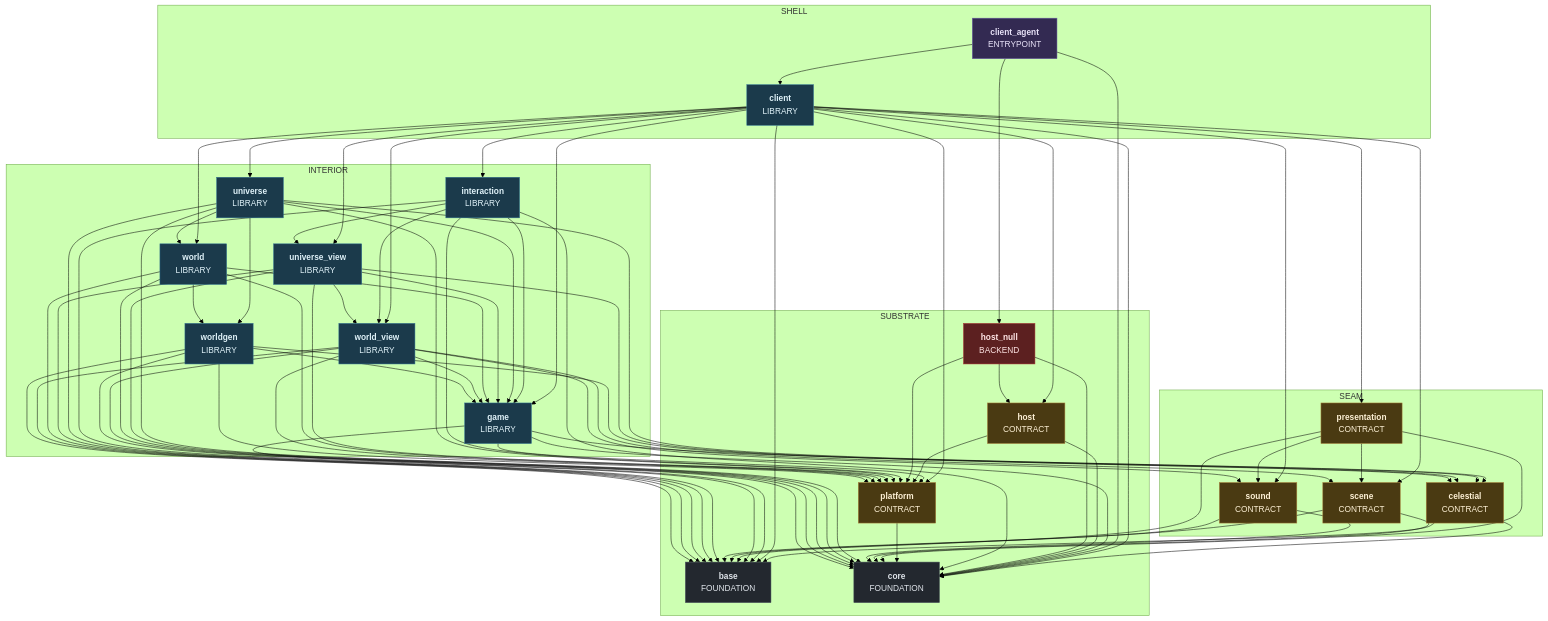
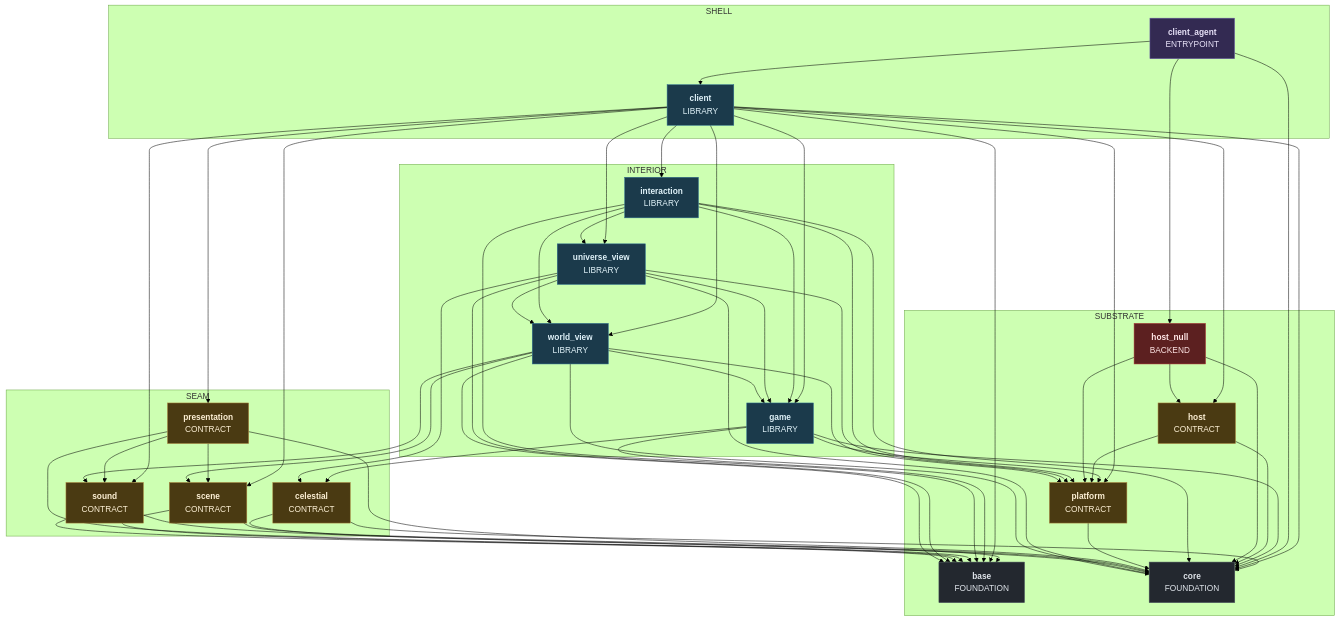
One commit to apnex/OpenStarbound changed the third of 10 diagrams in docs/superpowers/specs/2026-08-01-sovereign-headless-client-design.md. Above: the diagram before and after it, drawn with Mermaid (forest theme). The commit also changed other lines of this file and 2 other files, not shown here.

````diff
--- a/docs/superpowers/specs/2026-08-01-sovereign-headless-client-design.md
+++ b/docs/superpowers/specs/2026-08-01-sovereign-headless-client-design.md
@@ -1094,11 +1144,8 @@
   subgraph Z_INTERIOR ["INTERIOR"]
     game["<b>game</b><br/>LIBRARY"]
     interaction["<b>interaction</b><br/>LIBRARY"]
-    universe["<b>universe</b><br/>LIBRARY"]
     universe_view["<b>universe_view</b><br/>LIBRARY"]
-    world["<b>world</b><br/>LIBRARY"]
     world_view["<b>world_view</b><br/>LIBRARY"]
-    worldgen["<b>worldgen</b><br/>LIBRARY"]
   end
   subgraph Z_SHELL ["SHELL"]
     client["<b>client</b><br/>LIBRARY"]
@@ -1115,9 +1162,7 @@
   client --> presentation
   client --> scene
   client --> sound
-  client --> universe
   client --> universe_view
-  client --> world
   client --> world_view
   client_agent --> client
   client_agent --> core
@@ -1146,35 +1191,18 @@
   scene --> core
   sound --> base
   sound --> core
-  universe --> base
-  universe --> celestial
-  universe --> core
-  universe --> game
-  universe --> platform
-  universe --> world
-  universe --> worldgen
   universe_view --> base
   universe_view --> celestial
   universe_view --> core
   universe_view --> game
   universe_view --> platform
   universe_view --> world_view
-  world --> base
-  world --> core
-  world --> game
-  world --> platform
-  world --> worldgen
   world_view --> base
   world_view --> core
   world_view --> game
   world_view --> platform
   world_view --> scene
   world_view --> sound
-  worldgen --> base
-  worldgen --> celestial
-  worldgen --> core
-  worldgen --> game
-  worldgen --> platform
   classDef kFoundation fill:#23282f,stroke:#4a545e,color:#dfe4ea
   classDef kContract fill:#4a3a12,stroke:#a8813a,color:#fdf0d5
   classDef kBackend fill:#5c2020,stroke:#aa3333,color:#ffe5e5
@@ -1183,6 +1211,6 @@
   class base,core kFoundation
   class celestial,host,platform,presentation,scene,sound kContract
   class host_null kBackend
-  class client,game,interaction,universe,universe_view,world,world_view,worldgen kLibrary
+  class client,game,interaction,universe_view,world_view kLibrary
   class client_agent kEntrypoint
 ```
````
